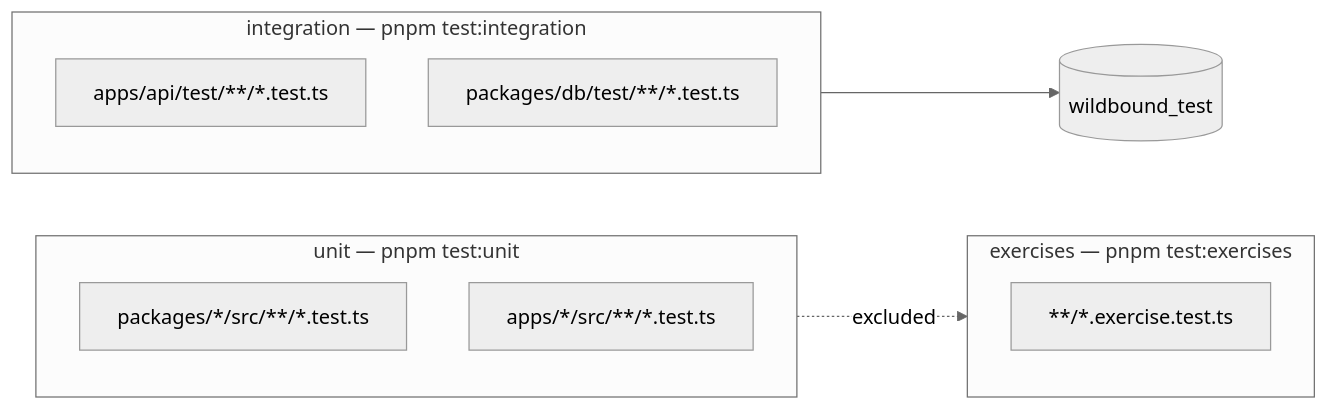
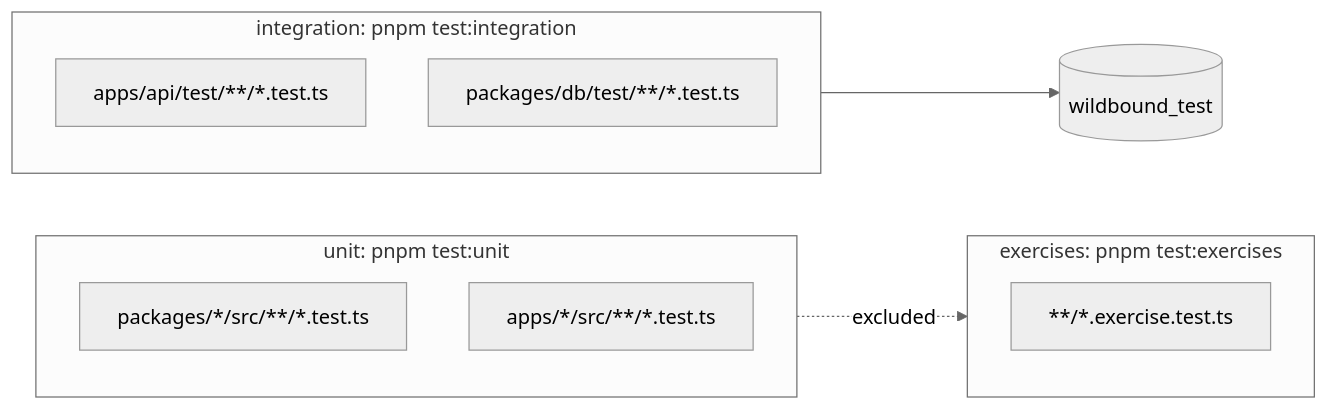
Before and after one commit to samceracas/wildbound: the second of 2 diagrams in docs/10-development-guide.md, drawn with Mermaid (neutral theme). The commit also changed other lines of this file and 8 other files, not shown here.

First line of the commit message:
docs(0.3.0): overview, architecture, world model, editor, web game, security and dev guide

````diff
--- a/docs/10-development-guide.md
+++ b/docs/10-development-guide.md
@@ -124,16 +125,16 @@
 ```mermaid
 flowchart LR
-    subgraph unit["unit — pnpm test:unit"]
+    subgraph unit["unit: pnpm test:unit"]
         u1["packages/*/src/**/*.test.ts"]
         u2["apps/*/src/**/*.test.ts"]
     end
-    subgraph ex["exercises — pnpm test:exercises"]
+    subgraph ex["exercises: pnpm test:exercises"]
         e1["**/*.exercise.test.ts"]
     end
-    subgraph int["integration — pnpm test:integration"]
+    subgraph int["integration: pnpm test:integration"]
         i1["apps/api/test/**/*.test.ts"]
         i2["packages/db/test/**/*.test.ts"]
     end
     unit -. "excluded" .-> ex
     int --> PG[("wildbound_test")]
 ```
````
